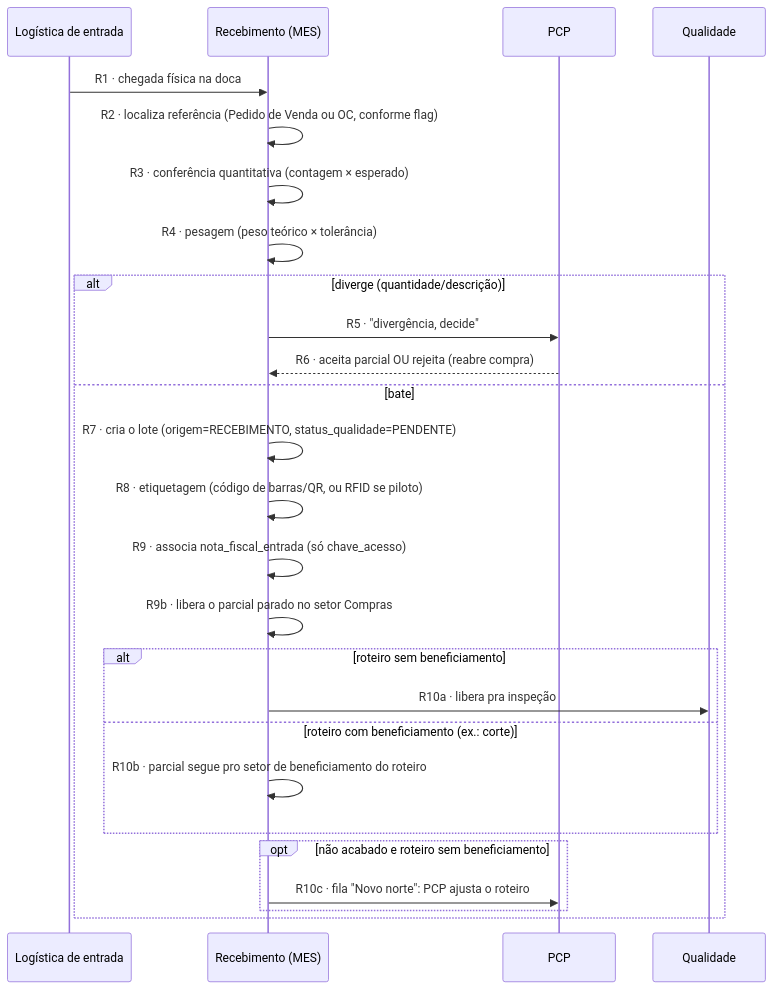
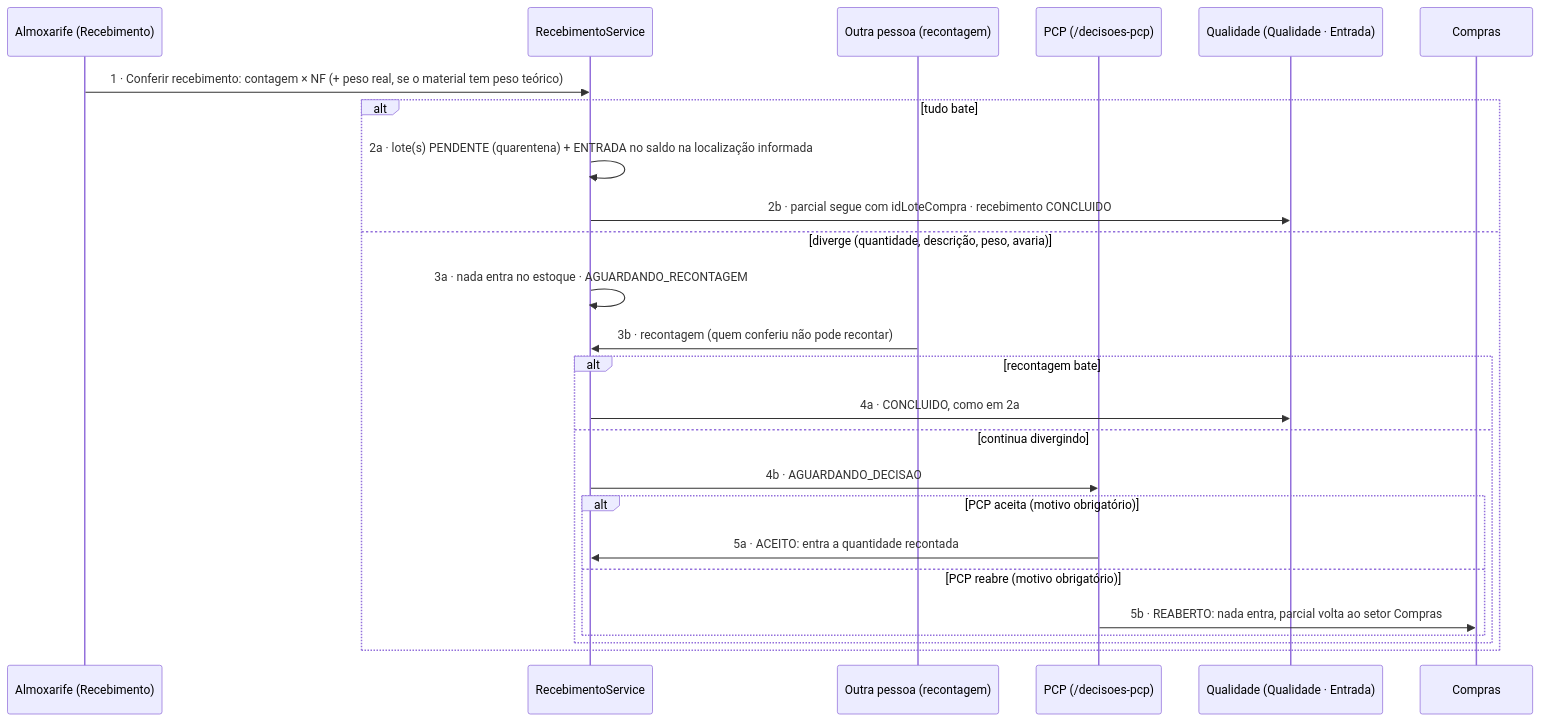
One commit to Acosvital/vault-avhub-mer changed the first of 2 diagrams in 02-PRD-Estoque/Fluxo-Recebimento-Completo.md. Above: the diagram before and after it, drawn with Mermaid. The commit also changed other lines of this file and 116 other files, not shown here.

````diff
--- a/02-PRD-Estoque/Fluxo-Recebimento-Completo.md
+++ b/02-PRD-Estoque/Fluxo-Recebimento-Completo.md
@@ -26,29 +23,28 @@
 ```mermaid
 sequenceDiagram
-    participant LogEnt as Logística de entrada
-    participant Receb as Recebimento (MES)
-    participant PCP
-    participant Qual as Qualidade
+    participant Alm as Almoxarife (Recebimento)
+    participant Sist as RecebimentoService
+    participant Outro as Outra pessoa (recontagem)
+    participant PCP as PCP (/decisoes-pcp)
+    participant Qual as Qualidade (Qualidade · Entrada)
+    participant Comp as Compras
 
-    LogEnt->>Receb: R1 · chegada física na doca
-    Receb->>Receb: R2 · localiza referência (Pedido de Venda ou OC, conforme flag)
-    Receb->>Receb: R3 · conferência quantitativa (contagem × esperado)
-    Receb->>Receb: R4 · pesagem (peso teórico × tolerância)
-    alt diverge (quantidade/descrição)
-        Receb->>PCP: R5 · "divergência, decide"
-        PCP-->>Receb: R6 · aceita parcial OU rejeita (reabre compra)
-    else bate
-        Receb->>Receb: R7 · cria o lote (origem=RECEBIMENTO, status_qualidade=PENDENTE)
-        Receb->>Receb: R8 · etiquetagem (código de barras/QR, ou RFID se piloto)
-        Receb->>Receb: R9 · associa nota_fiscal_entrada (só chave_acesso)
-        Receb->>Receb: R9b · libera o parcial parado no setor Compras
-        alt roteiro sem beneficiamento
-            Receb->>Qual: R10a · libera pra inspeção
-        else roteiro com beneficiamento (ex.: corte)
-            Receb->>Receb: R10b · parcial segue pro setor de beneficiamento do roteiro
-        end
-        opt não acabado e roteiro sem beneficiamento
-            Receb->>PCP: R10c · fila "Novo norte": PCP ajusta o roteiro
+    Alm->>Sist: 1 · Conferir recebimento: contagem × NF (+ peso real, se o material tem peso teórico)
+    alt tudo bate
+        Sist->>Sist: 2a · lote(s) PENDENTE (quarentena) + ENTRADA no saldo na localização informada
+        Sist->>Qual: 2b · parcial segue com idLoteCompra · recebimento CONCLUIDO
+    else diverge (quantidade, descrição, peso, avaria)
+        Sist->>Sist: 3a · nada entra no estoque · AGUARDANDO_RECONTAGEM
+        Outro->>Sist: 3b · recontagem (quem conferiu não pode recontar)
+        alt recontagem bate
+            Sist->>Qual: 4a · CONCLUIDO, como em 2a
+        else continua divergindo
+            Sist->>PCP: 4b · AGUARDANDO_DECISAO
+            alt PCP aceita (motivo obrigatório)
+                PCP->>Sist: 5a · ACEITO: entra a quantidade recontada
+            else PCP reabre (motivo obrigatório)
+                PCP->>Comp: 5b · REABERTO: nada entra, parcial volta ao setor Compras
+            end
         end
     end
 ```
````
